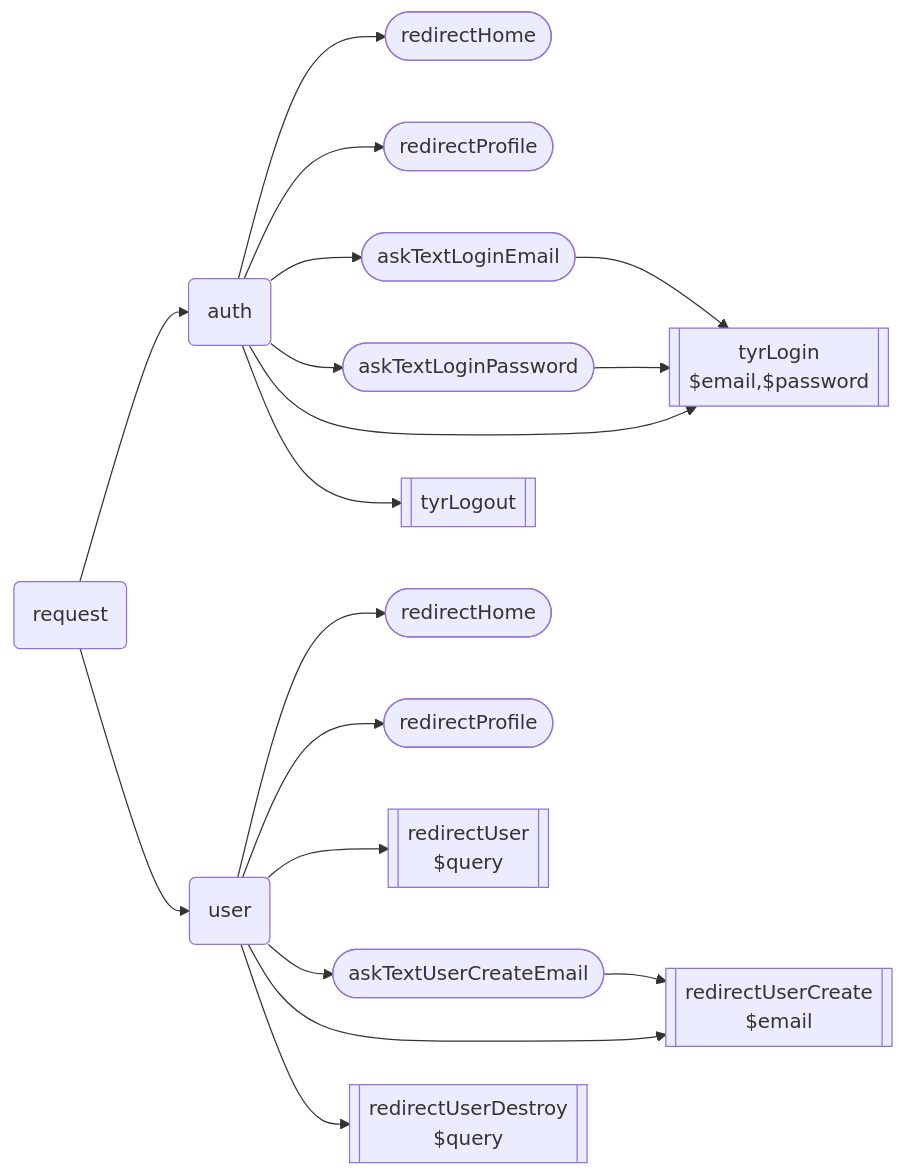
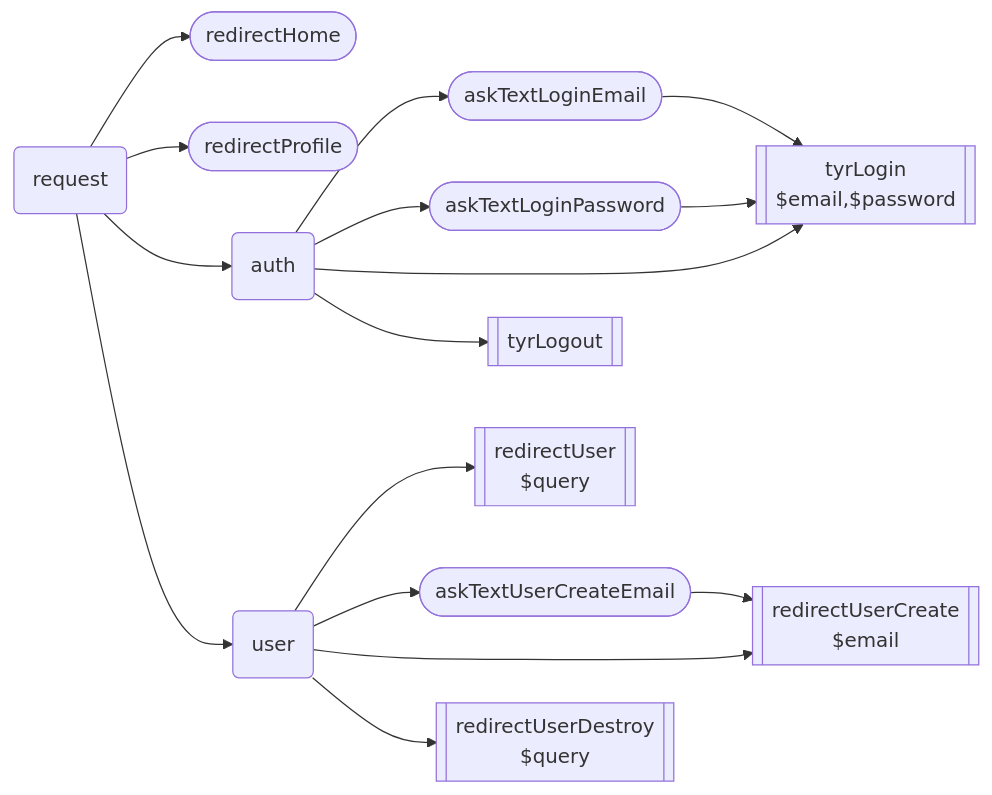
Before and after one commit to blocs/admin: the diagram in resources/agent/flowchart.md, drawn with Mermaid. The commit also changed 5 other files, not shown here.

````diff
--- a/resources/agent/flowchart.md
+++ b/resources/agent/flowchart.md
@@ -1,24 +1,22 @@
 ```mermaid
 flowchart LR
-    request(request) --> auth(auth)
-        auth --> Home1([redirectHome])
-        auth --> Profile1([redirectProfile])
+    request(request) --> Home([redirectHome])
+        request --> Profile([redirectProfile])
+    request --> auth(auth)
         auth --> TextLoginEmail([askTextLoginEmail])
         auth --> TextLoginPassword([askTextLoginPassword])
         auth --> Login[[tyrLogin
         $email,$password]]
         TextLoginEmail --> Login
         TextLoginPassword --> Login
         auth --> Logout[[tyrLogout]]
     request --> user(user)
-        user --> Home2([redirectHome])
-        user --> Profile2([redirectProfile])
         user --> User[[redirectUser
         $query]]
         user --> TextUserCreateEmail([askTextUserCreateEmail])
         user --> UserCreate[[redirectUserCreate
         $email]]
         TextUserCreateEmail --> UserCreate
         user --> UserDestroy[[redirectUserDestroy
         $query]]
 ```
````
